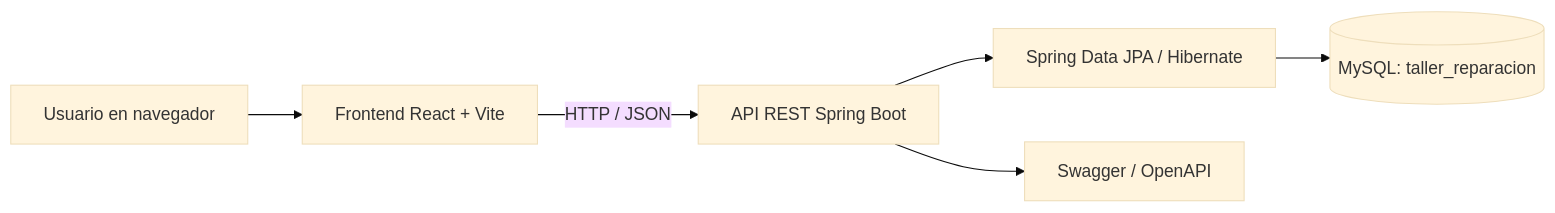
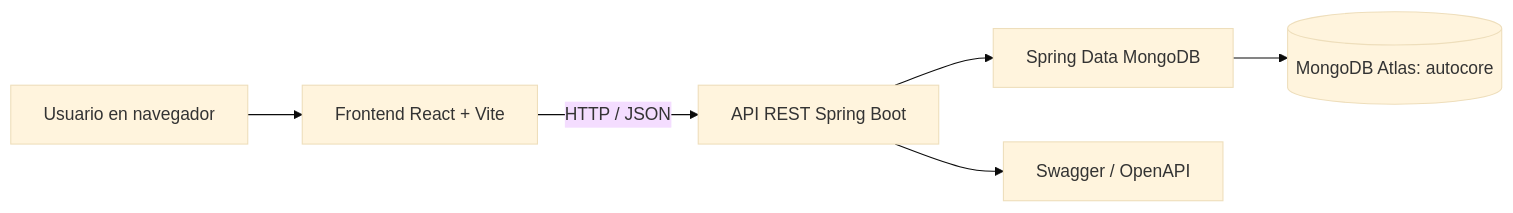
Before and after one commit to JAIROACARDOZO15/AutoCore: the diagram in README.md, drawn with Mermaid (base theme). The commit also changed other lines of this file and 42 other files, not shown here.

Commit message:
Migrate backend to MongoDB Atlas

````diff
--- a/README.md
+++ b/README.md
@@ -62,8 +62,8 @@
 ```mermaid
 flowchart LR
     U[Usuario en navegador] --> FE[Frontend React + Vite]
     FE -->|HTTP / JSON| API[API REST Spring Boot]
-    API --> JPA[Spring Data JPA / Hibernate]
-    JPA --> DB[(MySQL: taller_reparacion)]
+    API --> MDB[Spring Data MongoDB]
+    MDB --> DB[(MongoDB Atlas: autocore)]
     API --> SW[Swagger / OpenAPI]
 ```
````
